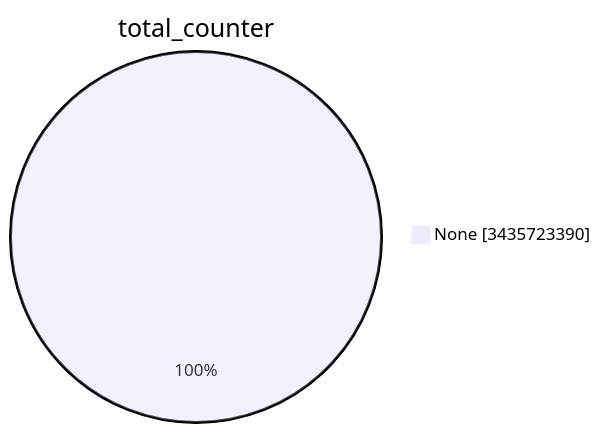
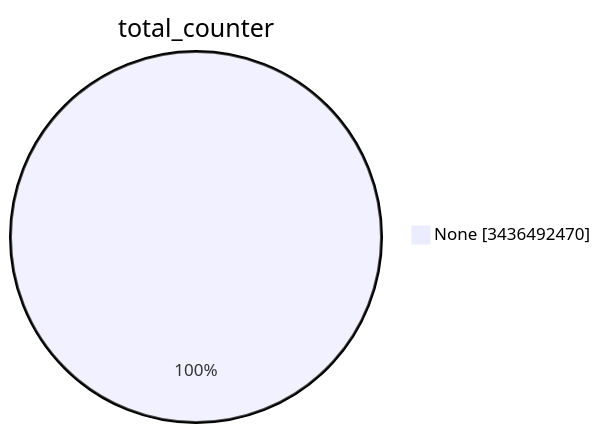
One commit to christiankrug/ctmonitor_visualization changed the first of 15 diagrams in TOTAL/README.md. Above: the diagram before and after it, drawn with Mermaid. The commit also changed other lines of this file, not shown here.

````diff
--- a/TOTAL/README.md
+++ b/TOTAL/README.md
@@ -1,5 +1,5 @@
 ```mermaid
 pie showData
 title total_counter
-"None" :3435723390
+"None" :3436492470
 ```
````
